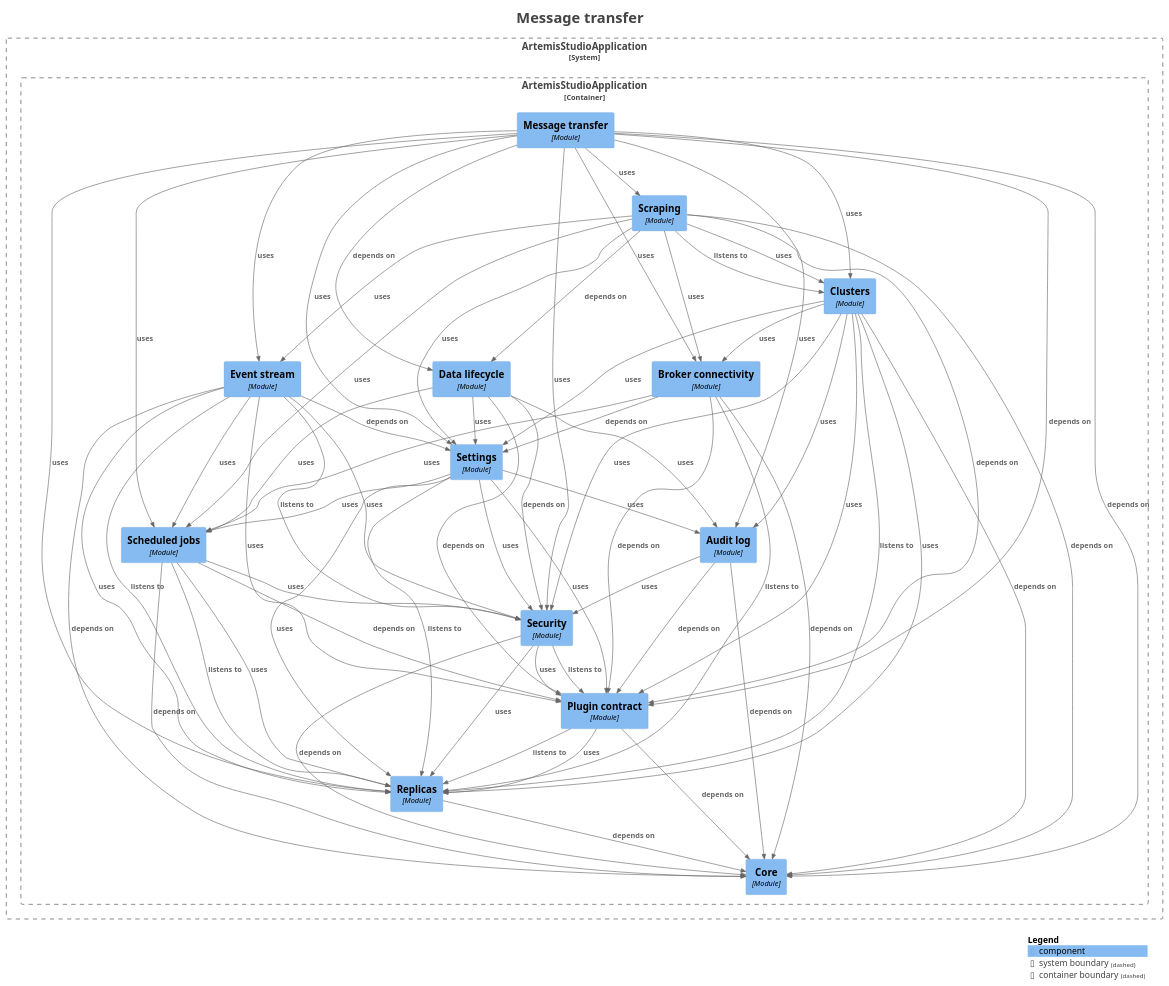
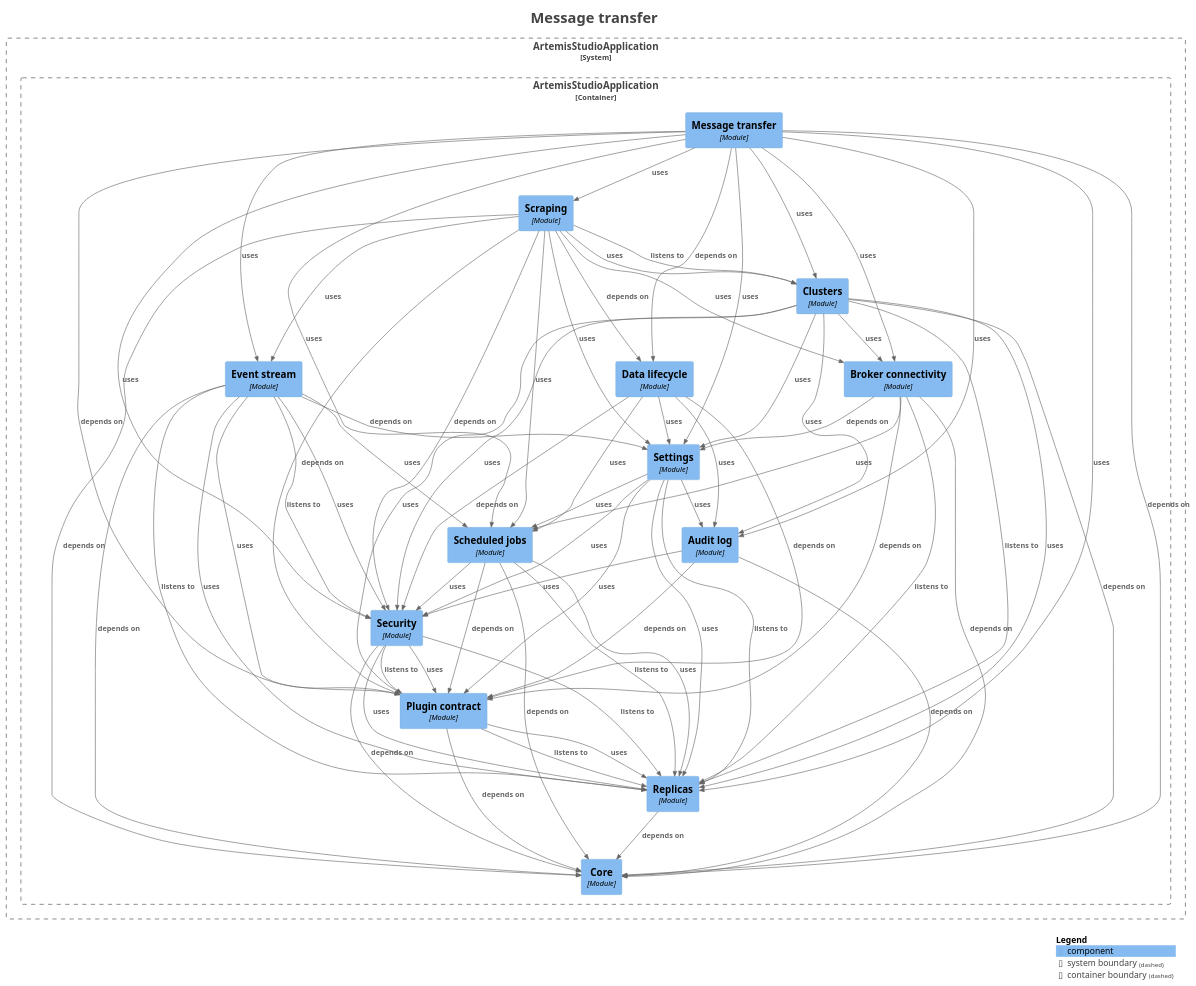
One commit to sudoitir/artemis-studio changed the diagram in docs/modules/module-feature.transfer.puml. Above: the diagram before and after it, drawn with PlantUML. The commit also changed 43 other files, not shown here.

```diff
--- a/docs/modules/module-feature.transfer.puml
+++ b/docs/modules/module-feature.transfer.puml
@@ -92,10 +92,12 @@
 Rel(ArtemisStudioApplication.ArtemisStudioApplication.Scraping, ArtemisStudioApplication.ArtemisStudioApplication.Eventstream, "uses", $techn="", $tags="", $link="")
 Rel(ArtemisStudioApplication.ArtemisStudioApplication.Scraping, ArtemisStudioApplication.ArtemisStudioApplication.Plugincontract, "depends on", $techn="", $tags="", $link="")
 Rel(ArtemisStudioApplication.ArtemisStudioApplication.Scraping, ArtemisStudioApplication.ArtemisStudioApplication.Scheduledjobs, "uses", $techn="", $tags="", $link="")
+Rel(ArtemisStudioApplication.ArtemisStudioApplication.Scraping, ArtemisStudioApplication.ArtemisStudioApplication.Security, "depends on", $techn="", $tags="", $link="")
 Rel(ArtemisStudioApplication.ArtemisStudioApplication.Scraping, ArtemisStudioApplication.ArtemisStudioApplication.Settings, "uses", $techn="", $tags="", $link="")
 Rel(ArtemisStudioApplication.ArtemisStudioApplication.Security, ArtemisStudioApplication.ArtemisStudioApplication.Core, "depends on", $techn="", $tags="", $link="")
 Rel(ArtemisStudioApplication.ArtemisStudioApplication.Security, ArtemisStudioApplication.ArtemisStudioApplication.Plugincontract, "listens to", $techn="", $tags="", $link="")
 Rel(ArtemisStudioApplication.ArtemisStudioApplication.Security, ArtemisStudioApplication.ArtemisStudioApplication.Plugincontract, "uses", $techn="", $tags="", $link="")
+Rel(ArtemisStudioApplication.ArtemisStudioApplication.Security, ArtemisStudioApplication.ArtemisStudioApplication.Replicas, "listens to", $techn="", $tags="", $link="")
 Rel(ArtemisStudioApplication.ArtemisStudioApplication.Security, ArtemisStudioApplication.ArtemisStudioApplication.Replicas, "uses", $techn="", $tags="", $link="")
 Rel(ArtemisStudioApplication.ArtemisStudioApplication.Settings, ArtemisStudioApplication.ArtemisStudioApplication.Auditlog, "uses", $techn="", $tags="", $link="")
 Rel(ArtemisStudioApplication.ArtemisStudioApplication.Settings, ArtemisStudioApplication.ArtemisStudioApplication.Plugincontract, "uses", $techn="", $tags="", $link="")
```
